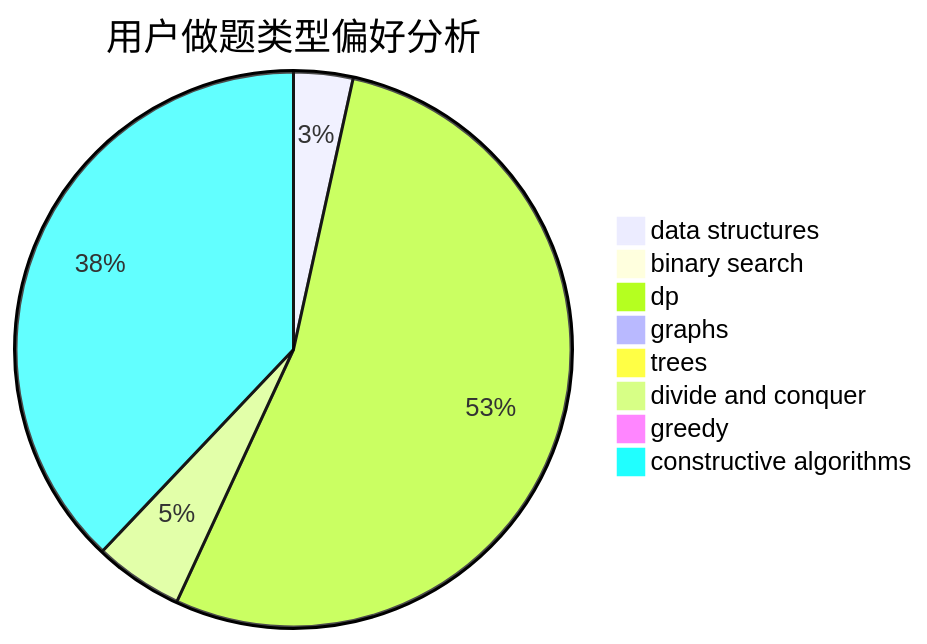
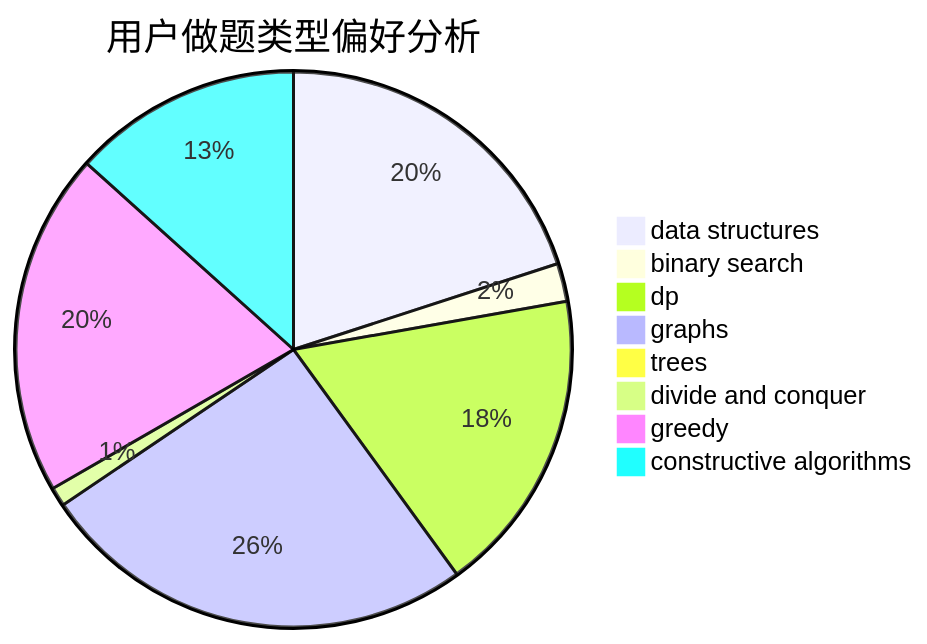
One commit to sherpahu/cfrs.github.io changed the second of 3 diagrams in docs/user/u2314.md. Above: the diagram before and after it, drawn with Mermaid. The commit also changed other lines of this file and 2770 other files, not shown here.

````diff
--- a/docs/user/u2314.md
+++ b/docs/user/u2314.md
@@ -23,11 +23,11 @@
 ```mermaid
 pie title 用户做题类型偏好分析
-    "data structures" :  2
-    "binary search" :  0
-    "dp" :  31
-    "graphs" :  0
+    "data structures" :  18
+    "binary search" :  2
+    "dp" :  16
+    "graphs" :  23
     "trees" :  0
-    "divide and conquer" :  3
-    "greedy" :  0
-    "constructive algorithms" :  22
+    "divide and conquer" :  1
+    "greedy" :  18
+    "constructive algorithms" :  12
 ```
````
